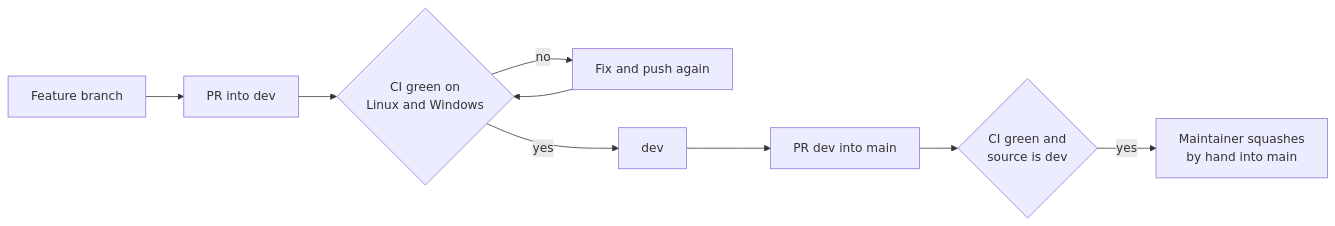
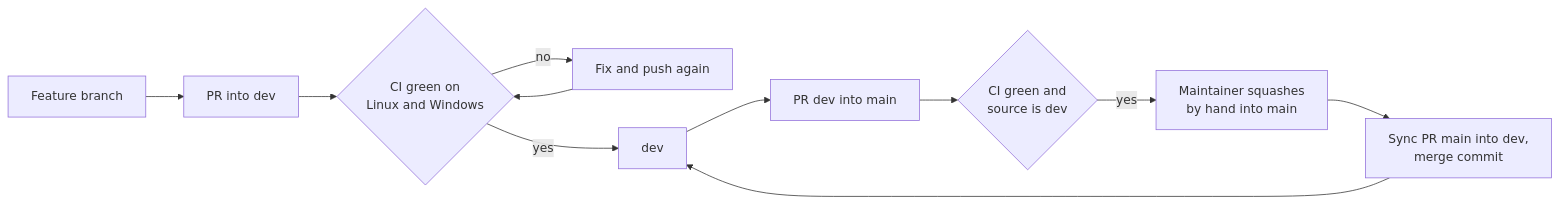
Before and after one commit to ztc0/goop: the diagram in docs/development/repository-settings.md, drawn with Mermaid. The commit also changed other lines of this file and 102 other files, not shown here.

````diff
--- a/docs/development/repository-settings.md
+++ b/docs/development/repository-settings.md
@@ -7,10 +7,12 @@
 ```mermaid
 flowchart LR
     Branch[Feature branch] --> PRDev[PR into dev]
     PRDev --> CI{CI green on<br/>Linux and Windows}
     CI -->|no| Fix[Fix and push again] --> CI
     CI -->|yes| Dev[dev]
     Dev --> PRMain[PR dev into main]
     PRMain --> Checks{CI green and<br/>source is dev}
     Checks -->|yes| Merge[Maintainer squashes<br/>by hand into main]
+    Merge --> Sync[Sync PR main into dev,<br/>merge commit]
+    Sync --> Dev
 ```
````
